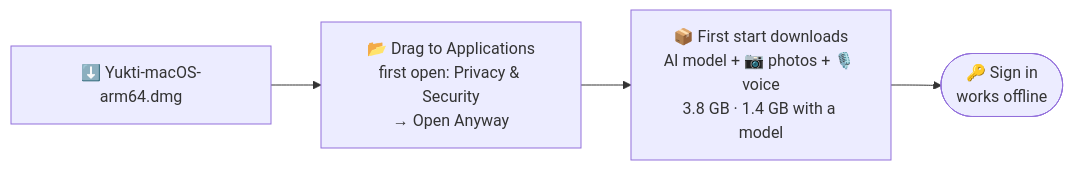
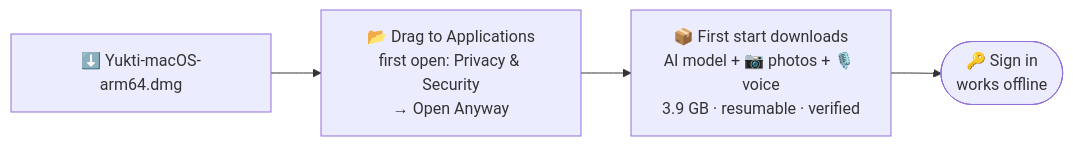
Before and after one commit to Juhilhere/Yukti: the ninth of 10 diagrams in README.md, drawn with Mermaid. The commit also changed other lines of this file and 2 other files, not shown here.

First line of the commit message:
Release 0.5.1 for Windows and Mac: photos and voice in the first install

````diff
--- a/README.md
+++ b/README.md
@@ -297,4 +296,4 @@
 ```mermaid
 flowchart LR
-  A["⬇️ Yukti-macOS-arm64.dmg"] --> B["📂 Drag to Applications<br/>first open: Privacy & Security<br/>→ Open Anyway"] --> C["📦 First start downloads<br/>AI model + 📷 photos + 🎙️ voice<br/>3.8 GB · 1.4 GB with a model"] --> D(["🔑 Sign in<br/>works offline"])
+  A["⬇️ Yukti-macOS-arm64.dmg"] --> B["📂 Drag to Applications<br/>first open: Privacy & Security<br/>→ Open Anyway"] --> C["📦 First start downloads<br/>AI model + 📷 photos + 🎙️ voice<br/>3.9 GB · resumable · verified"] --> D(["🔑 Sign in<br/>works offline"])
 ```
````
